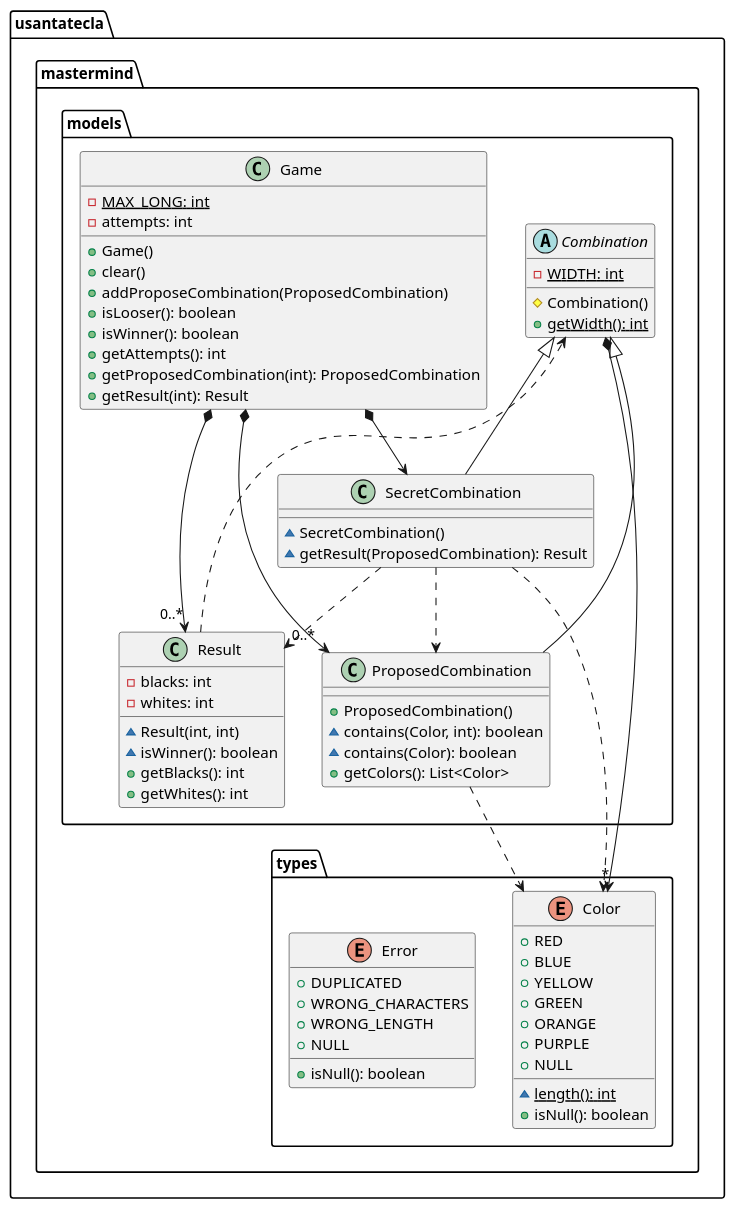
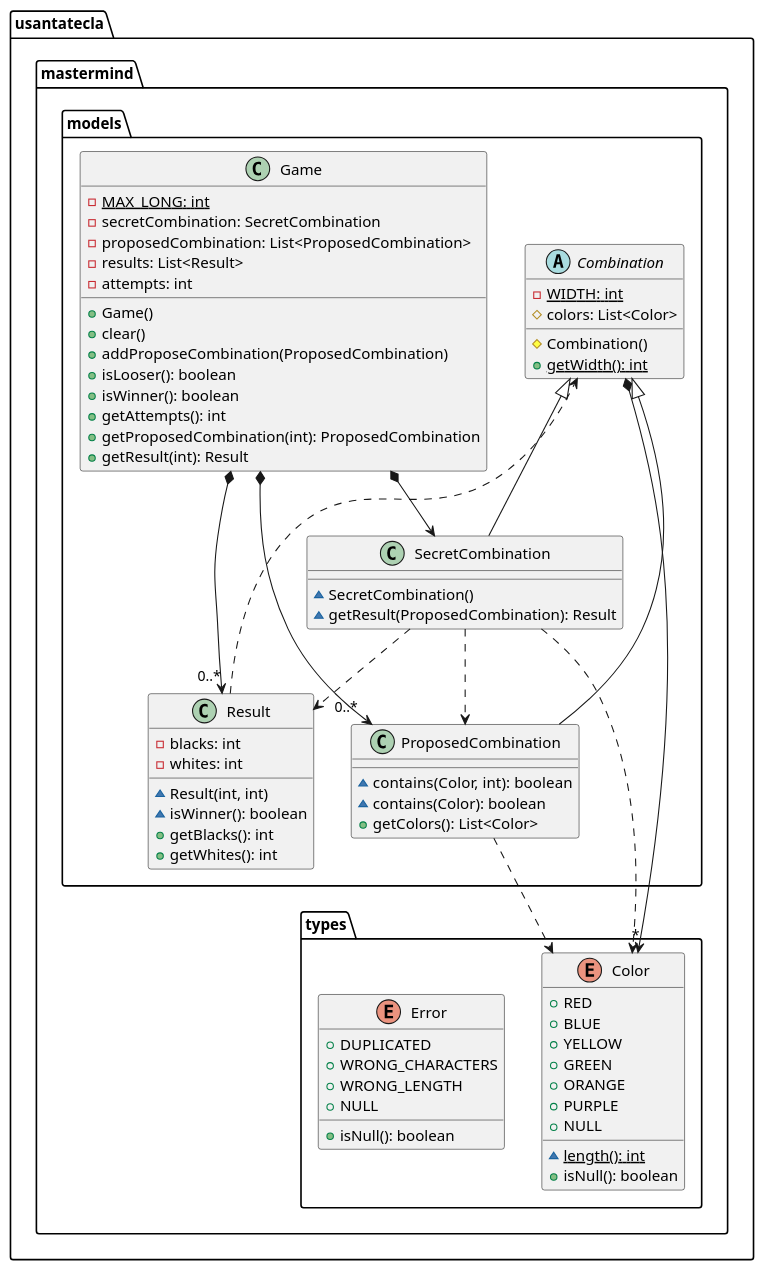
Before and after one commit to SantaTecla-mastermind/solution.java.swing.socket.sql: the fifth of 6 diagrams in modelViewPresenter/presentationModel/withFacade/docs/diagrams/src/paquetes.plantuml, drawn with PlantUML. The commit also changed other lines of this file and 9 other files, not shown here.

Commit message:
Diagrams MVP WithFacade finished

```diff
--- a/modelViewPresenter/presentationModel/withFacade/docs/diagrams/src/paquetes.plantuml
+++ b/modelViewPresenter/presentationModel/withFacade/docs/diagrams/src/paquetes.plantuml
@@ -189,73 +292,76 @@
 @startuml usantatecla.mastermind.models
 abstract class usantatecla.mastermind.models.Combination {
 - {static} WIDTH: int
+# colors: List<Color>
 # Combination()
 + {static} getWidth(): int
 }
 usantatecla.mastermind.models.Combination *-down-> "*" usantatecla.mastermind.types.Color
 
 class usantatecla.mastermind.models.Game {
 - {static} MAX_LONG: int
+- secretCombination: SecretCombination
+- proposedCombination: List<ProposedCombination>
+- results: List<Result>
 - attempts: int
 + Game()
 + clear()
 + addProposeCombination(ProposedCombination)
 + isLooser(): boolean
 + isWinner(): boolean
 + getAttempts(): int
 + getProposedCombination(int): ProposedCombination
 + getResult(int): Result
 }
 usantatecla.mastermind.models.Game *-down-> usantatecla.mastermind.models.SecretCombination
 usantatecla.mastermind.models.Game *-down-> "0..*" usantatecla.mastermind.models.Result
 usantatecla.mastermind.models.Game *-down-> "0..*" usantatecla.mastermind.models.ProposedCombination
 
 class usantatecla.mastermind.models.ProposedCombination {
-+ ProposedCombination()
 ~ contains(Color, int): boolean
 ~ contains(Color): boolean
 + getColors(): List<Color>
 }
 usantatecla.mastermind.models.Combination <|-down- usantatecla.mastermind.models.ProposedCombination
 usantatecla.mastermind.models.ProposedCombination ..> usantatecla.mastermind.types.Color
 
 class usantatecla.mastermind.models.SecretCombination {
 ~ SecretCombination()
 ~ getResult(ProposedCombination): Result
 }
 usantatecla.mastermind.models.Combination <|-down- usantatecla.mastermind.models.SecretCombination
 usantatecla.mastermind.models.SecretCombination ..> usantatecla.mastermind.models.Result
 usantatecla.mastermind.models.SecretCombination ..> usantatecla.mastermind.models.ProposedCombination
 usantatecla.mastermind.models.SecretCombination ..> usantatecla.mastermind.types.Color
 
 class usantatecla.mastermind.models.Result {
 - blacks: int
 - whites: int
 ~ Result(int, int)
 ~ isWinner(): boolean
 + getBlacks(): int
 + getWhites(): int
 }
 
 usantatecla.mastermind.models.Result -down..> usantatecla.mastermind.models.Combination
 
 enum usantatecla.mastermind.types.Color {
 + RED
 + BLUE
 + YELLOW
 + GREEN
 + ORANGE
 + PURPLE
 + NULL
 ~ {static} length(): int
 + isNull(): boolean
 }
 
 enum usantatecla.mastermind.types.Error {
 + DUPLICATED
 + WRONG_CHARACTERS
 + WRONG_LENGTH
 + NULL
 + isNull(): boolean
 }
 @enduml
```
